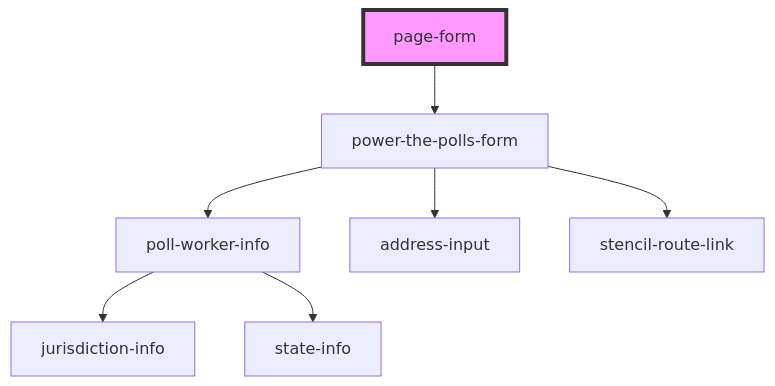
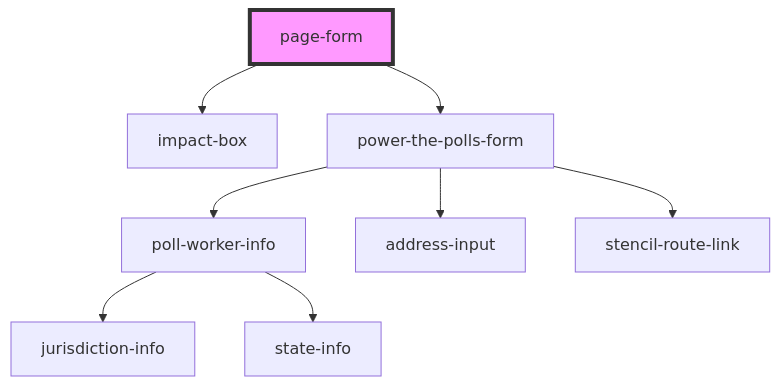
One commit to pizza-to-the-polls/power-the-polls changed the diagram in site/src/components/page-form/readme.md. Above: the diagram before and after it, drawn with Mermaid. The commit also changed other lines of this file and 7 other files, not shown here.

Commit message:
added impact-box component; added impact boxes to homepage

````diff
--- a/site/src/components/page-form/readme.md
+++ b/site/src/components/page-form/readme.md
@@ -22,10 +23,11 @@
 ```mermaid
 graph TD;
+  page-form --> impact-box
   page-form --> power-the-polls-form
   power-the-polls-form --> poll-worker-info
   power-the-polls-form --> address-input
   power-the-polls-form --> stencil-route-link
   poll-worker-info --> jurisdiction-info
   poll-worker-info --> state-info
   style page-form fill:#f9f,stroke:#333,stroke-width:4px
 ```
````
